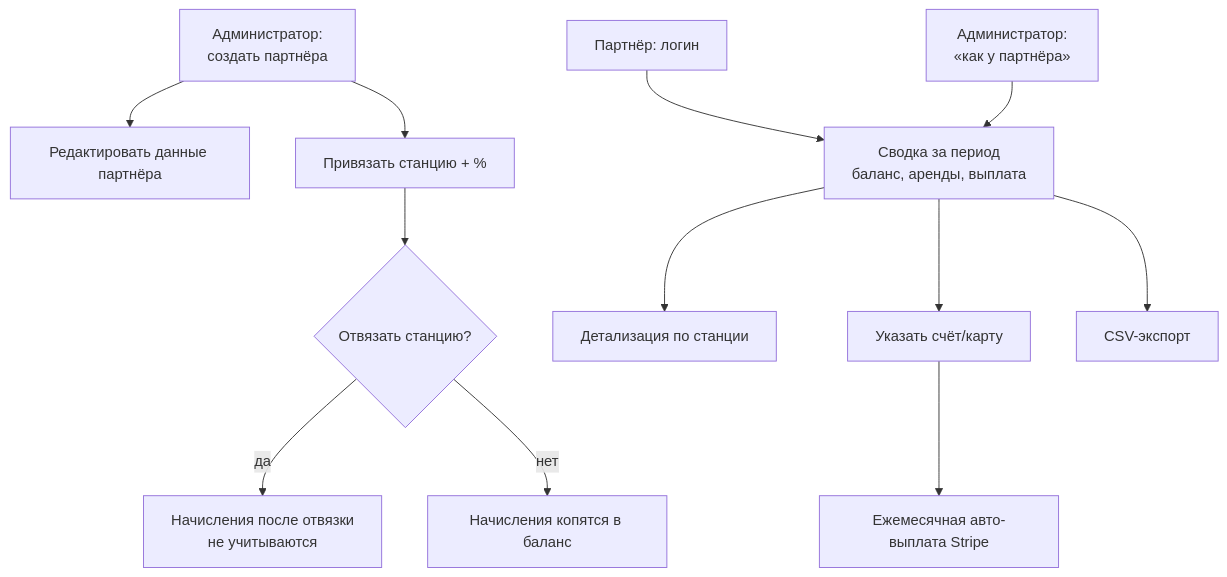
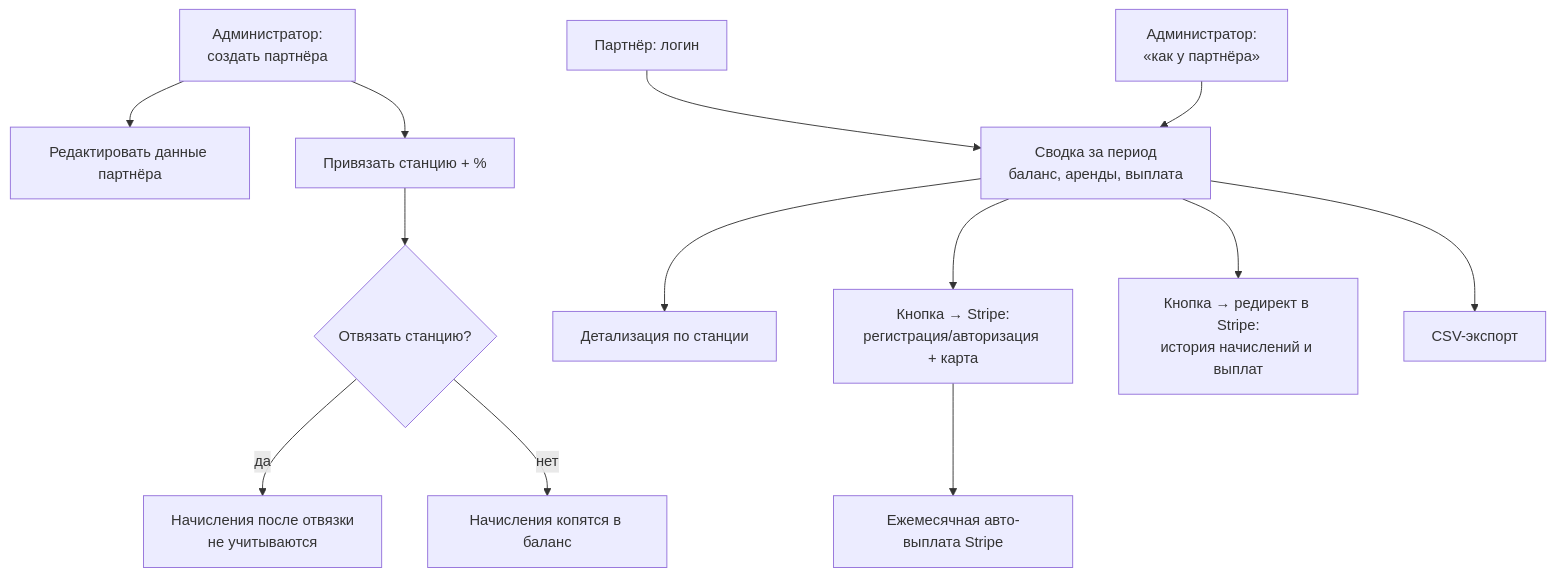
One commit to yatsin11-gif/example changed the first of 2 diagrams in gozap-documentation/sa/docs/partners/partner-program/diagrams/overview.md. Above: the diagram before and after it, drawn with Mermaid. The commit also changed other lines of this file and 7 other files, not shown here.

````diff
--- a/gozap-documentation/sa/docs/partners/partner-program/diagrams/overview.md
+++ b/gozap-documentation/sa/docs/partners/partner-program/diagrams/overview.md
@@ -7,14 +7,15 @@
 ```mermaid
 flowchart TD
     A1[Администратор:<br/>создать партнёра] --> A1B[Редактировать данные партнёра]
     A1 --> A2[Привязать станцию + %]
     A2 --> A3{Отвязать станцию?}
     A3 -->|да| A4[Начисления после отвязки<br/>не учитываются]
     A3 -->|нет| A5[Начисления копятся в баланс]
     P1[Партнёр: логин] --> P2[Сводка за период<br/>баланс, аренды, выплата]
     P2 --> P3[Детализация по станции]
-    P2 --> P4[Указать счёт/карту]
+    P2 --> P4[Кнопка → Stripe:<br/>регистрация/авторизация + карта]
     P4 --> P5[Ежемесячная авто-выплата Stripe]
+    P2 --> P7[Кнопка → редирект в Stripe:<br/>история начислений и выплат]
     P2 --> P6[CSV-экспорт]
     A6[Администратор:<br/>«как у партнёра»] --> P2
 ```
````
